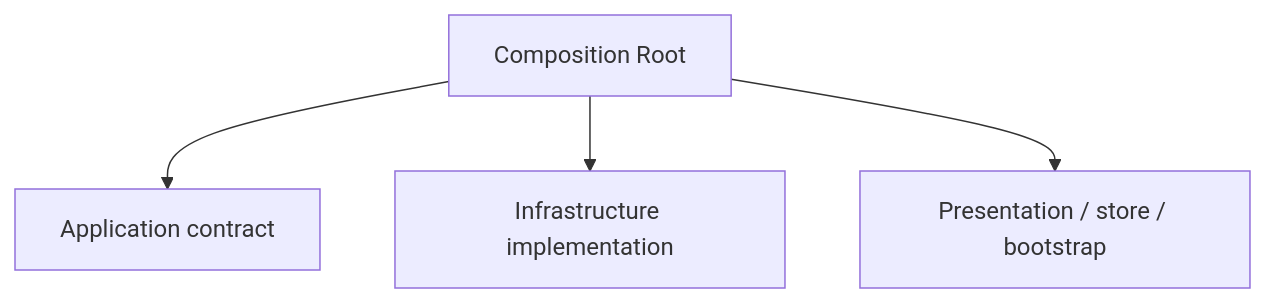
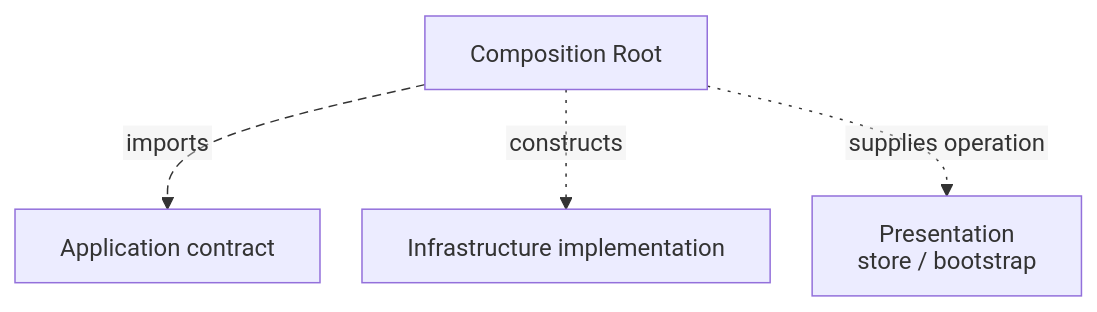
Before and after one commit to AndresTaoFlorez/software-architecture: the diagram in architecture/foundations/composition-root.md, drawn with Mermaid. The commit also changed other lines of this file and 79 other files, not shown here.

````diff
--- a/architecture/foundations/composition-root.md
+++ b/architecture/foundations/composition-root.md
@@ -30,6 +45,9 @@
 ```mermaid
+%%{init: {"htmlLabels": false, "flowchart": {"htmlLabels": false, "nodeSpacing": 28, "rankSpacing": 48, "diagramPadding": 20, "wrappingWidth": 280}, "sequence": {"wrap": true, "diagramMarginX": 20, "diagramMarginY": 20}}}%%
 flowchart TD
-    C["Composition Root"] --> A["Application contract"]
-    C --> I["Infrastructure implementation"]
-    C --> P["Presentation / store / bootstrap"]
+    C["Composition Root"] -. "imports" .-> A["Application contract"]
+    C -. "constructs" .-> I["Infrastructure implementation"]
+    C -. "supplies operation" .-> P["Presentation<br/>store / bootstrap"]
+    linkStyle 0 stroke-width:1px,stroke-dasharray:6 4
+    linkStyle 1,2 stroke-width:1px,stroke-dasharray:2 5
 ```
````
